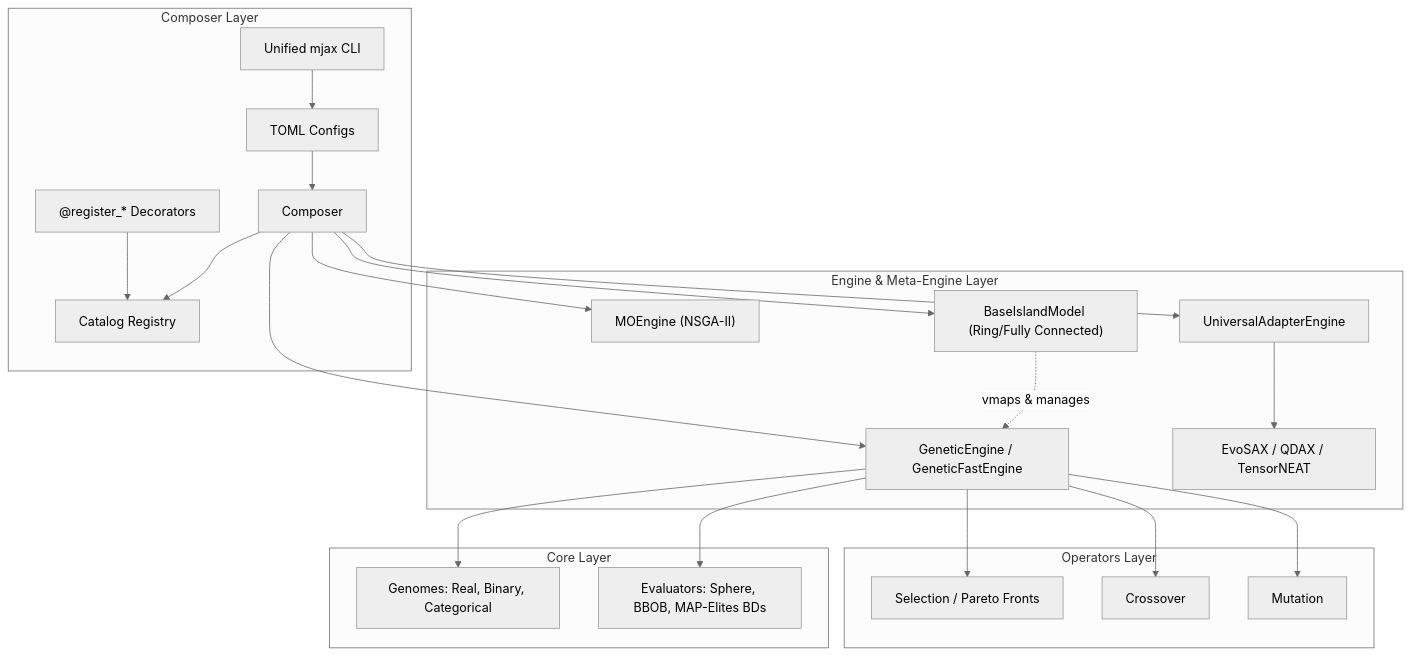
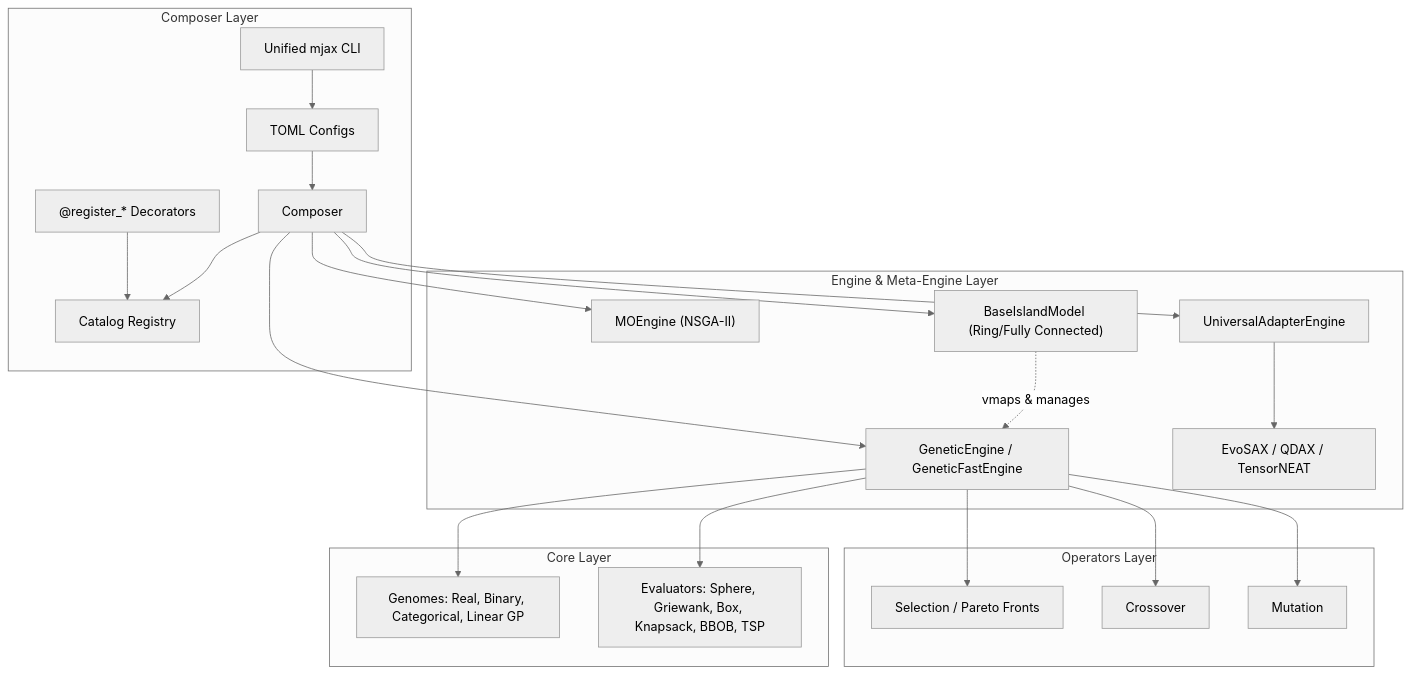
Before and after one commit to LeonardoDiCaterina/MalthusJAX: the diagram in README.md, drawn with Mermaid (neutral theme). The commit also changed other lines of this file and 6 other files, not shown here.

````diff
--- a/README.md
+++ b/README.md
@@ -48,30 +48,30 @@
 ```mermaid
 graph TD
     subgraph composer_layer[Composer Layer]
         cli["Unified mjax CLI"] --> config["TOML Configs"]
         config --> composer["Composer"]
         decorators["@register_* Decorators"] --> registry["Catalog Registry"]
         composer --> registry
     end
 
     subgraph engine_layer[Engine & Meta-Engine Layer]
         composer --> base_engine["GeneticEngine / GeneticFastEngine"]
         composer --> mo_engine["MOEngine (NSGA-II)"]
         composer --> island_meta["BaseIslandModel (Ring/Fully Connected)"]
         composer --> adapter_engine["UniversalAdapterEngine"]
         
         island_meta -.-> |vmaps & manages| base_engine
         adapter_engine --> evosax["EvoSAX / QDAX / TensorNEAT"]
     end
 
     subgraph operators_layer[Operators Layer]
         base_engine --> selection["Selection / Pareto Fronts"]
         base_engine --> crossover["Crossover"]
         base_engine --> mutation["Mutation"]
     end
 
     subgraph core_layer[Core Layer]
-        base_engine --> genomes["Genomes: Real, Binary, Categorical"]
-        base_engine --> evaluators["Evaluators: Sphere, BBOB, MAP-Elites BDs"]
+        base_engine --> genomes["Genomes: Real, Binary, Categorical, Linear GP"]
+        base_engine --> evaluators["Evaluators: Sphere, Griewank, Box, Knapsack, BBOB, TSP"]
     end
 ```
````
